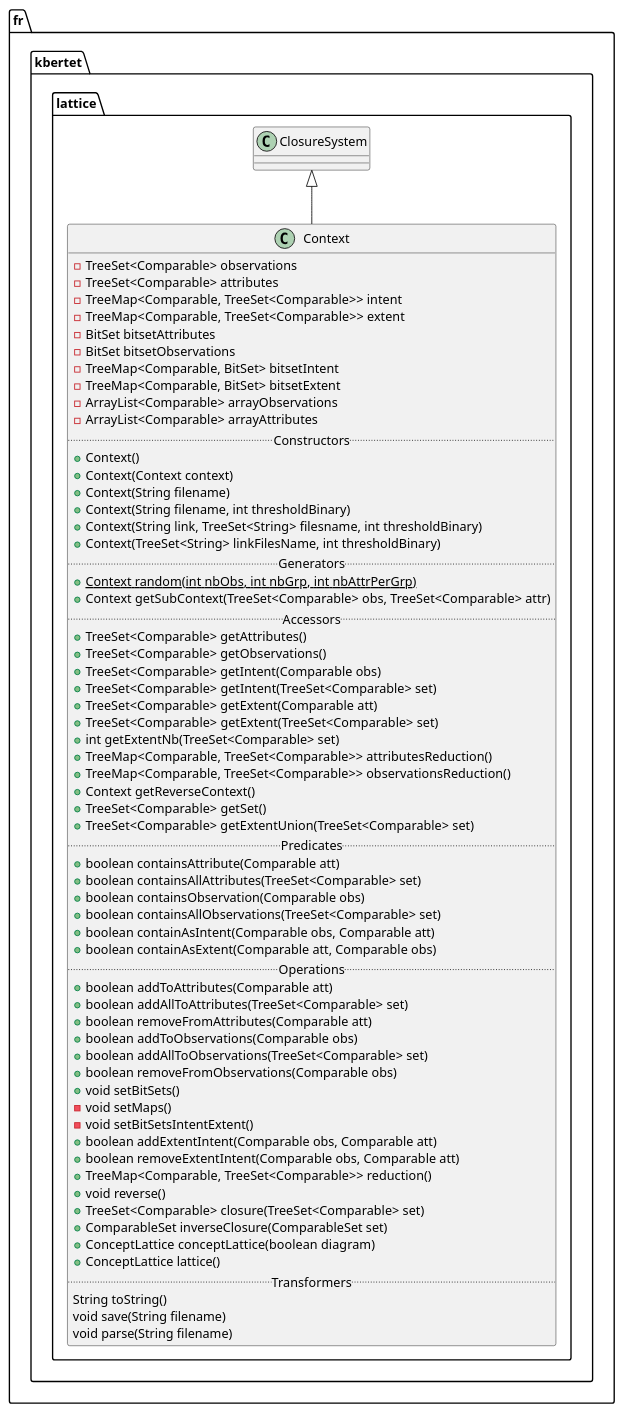
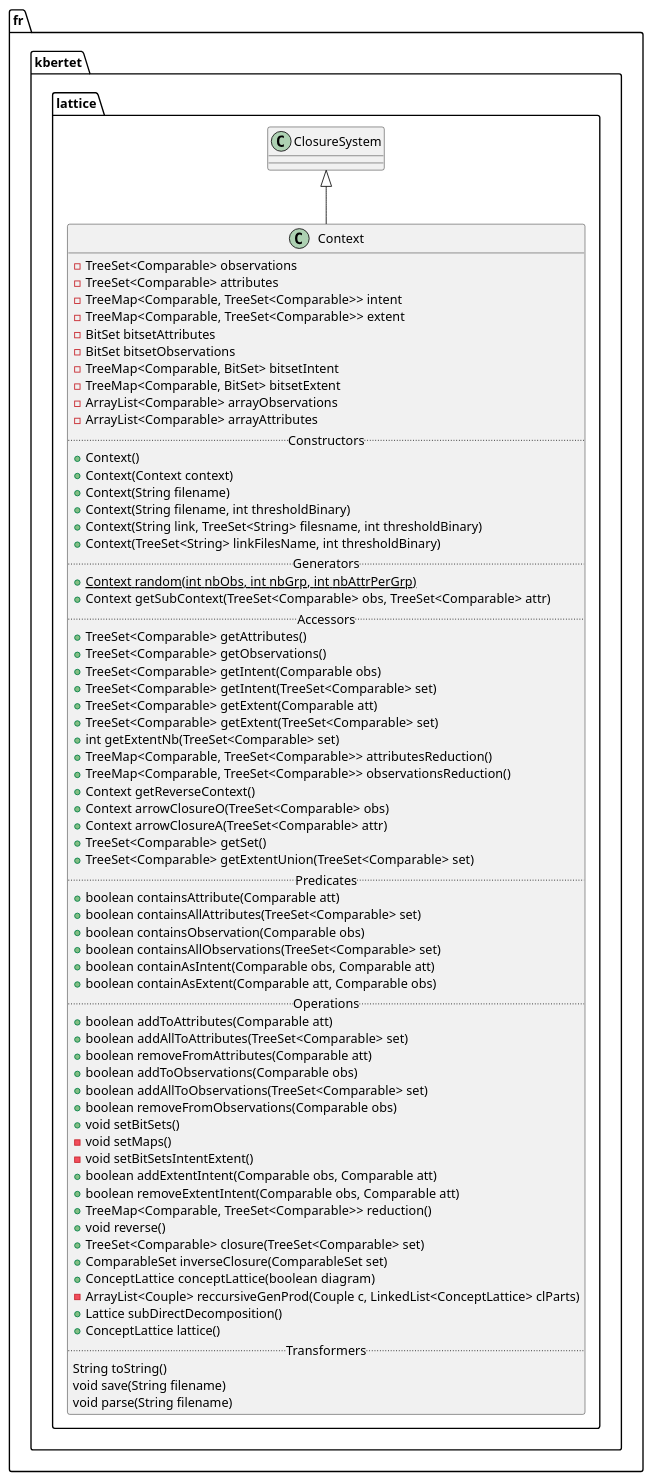
Before and after one commit to thegalactic/java-lattices: the diagram in src/fr/kbertet/lattice/Context.iuml, drawn with PlantUML. The commit also changed 7 other files, not shown here.

First line of the commit message:
Added SubDirectDecomposition

```diff
--- a/src/fr/kbertet/lattice/Context.iuml
+++ b/src/fr/kbertet/lattice/Context.iuml
@@ -1,68 +1,72 @@
 package fr.kbertet.lattice {
     class Context {
         -TreeSet<Comparable> observations
         -TreeSet<Comparable> attributes
         -TreeMap<Comparable, TreeSet<Comparable>> intent
         -TreeMap<Comparable, TreeSet<Comparable>> extent
         -BitSet bitsetAttributes
         -BitSet bitsetObservations
         -TreeMap<Comparable, BitSet> bitsetIntent
         -TreeMap<Comparable, BitSet> bitsetExtent
         -ArrayList<Comparable> arrayObservations
         -ArrayList<Comparable> arrayAttributes
         .. Constructors ..
         +Context()
         +Context(Context context)
         +Context(String filename)
         +Context(String filename, int thresholdBinary)
         +Context(String link, TreeSet<String> filesname, int thresholdBinary)
         +Context(TreeSet<String> linkFilesName, int thresholdBinary)
         .. Generators ..
         {static}+Context random(int nbObs, int nbGrp, int nbAttrPerGrp)
         +Context getSubContext(TreeSet<Comparable> obs, TreeSet<Comparable> attr)
         .. Accessors ..
         +TreeSet<Comparable> getAttributes()
         +TreeSet<Comparable> getObservations()
         +TreeSet<Comparable> getIntent(Comparable obs)
         +TreeSet<Comparable> getIntent(TreeSet<Comparable> set)
         +TreeSet<Comparable> getExtent(Comparable att)
         +TreeSet<Comparable> getExtent(TreeSet<Comparable> set)
         +int getExtentNb(TreeSet<Comparable> set)
         +TreeMap<Comparable, TreeSet<Comparable>> attributesReduction()
         +TreeMap<Comparable, TreeSet<Comparable>> observationsReduction()
         +Context getReverseContext()
+        +Context arrowClosureO(TreeSet<Comparable> obs)
+        +Context arrowClosureA(TreeSet<Comparable> attr)
         +TreeSet<Comparable> getSet()
         +TreeSet<Comparable> getExtentUnion(TreeSet<Comparable> set)
         .. Predicates ..
         +boolean containsAttribute(Comparable att)
         +boolean containsAllAttributes(TreeSet<Comparable> set)
         +boolean containsObservation(Comparable obs)
         +boolean containsAllObservations(TreeSet<Comparable> set)
         +boolean containAsIntent(Comparable obs, Comparable att)
         +boolean containAsExtent(Comparable att, Comparable obs)
         .. Operations ..
         +boolean addToAttributes(Comparable att)
         +boolean addAllToAttributes(TreeSet<Comparable> set)
         +boolean removeFromAttributes(Comparable att)
         +boolean addToObservations(Comparable obs)
         +boolean addAllToObservations(TreeSet<Comparable> set)
         +boolean removeFromObservations(Comparable obs)
         +void setBitSets()
         -void setMaps()
         -void setBitSetsIntentExtent()
         +boolean addExtentIntent(Comparable obs, Comparable att)
         +boolean removeExtentIntent(Comparable obs, Comparable att)
         +TreeMap<Comparable, TreeSet<Comparable>> reduction()
         +void reverse()
         +TreeSet<Comparable> closure(TreeSet<Comparable> set)
         +ComparableSet inverseClosure(ComparableSet set)
         +ConceptLattice conceptLattice(boolean  diagram)
+        -ArrayList<Couple> reccursiveGenProd(Couple c, LinkedList<ConceptLattice> clParts)
+        +Lattice subDirectDecomposition()
         +ConceptLattice lattice()
         .. Transformers ..
         String toString()
         void save(String filename)
         void parse(String filename)
     }
 
     ClosureSystem <|-- Context
 }
```
